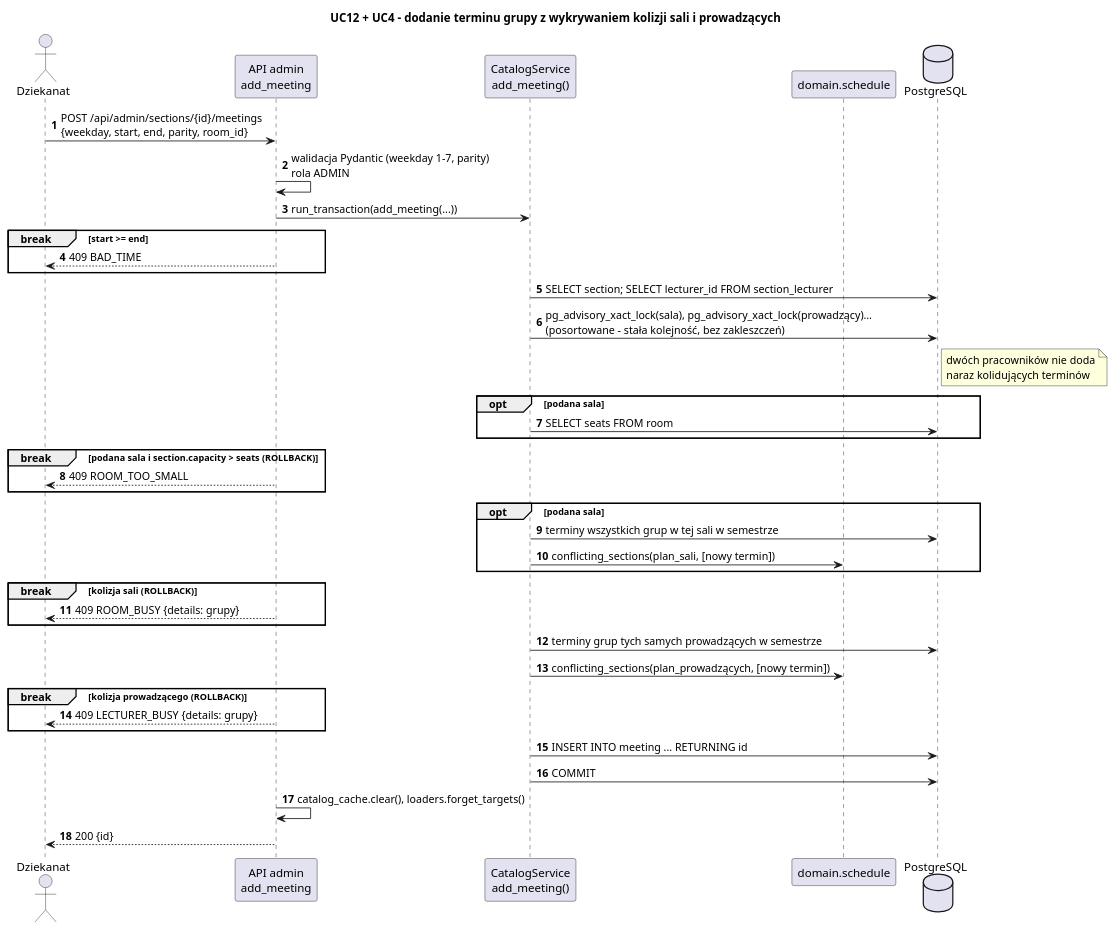
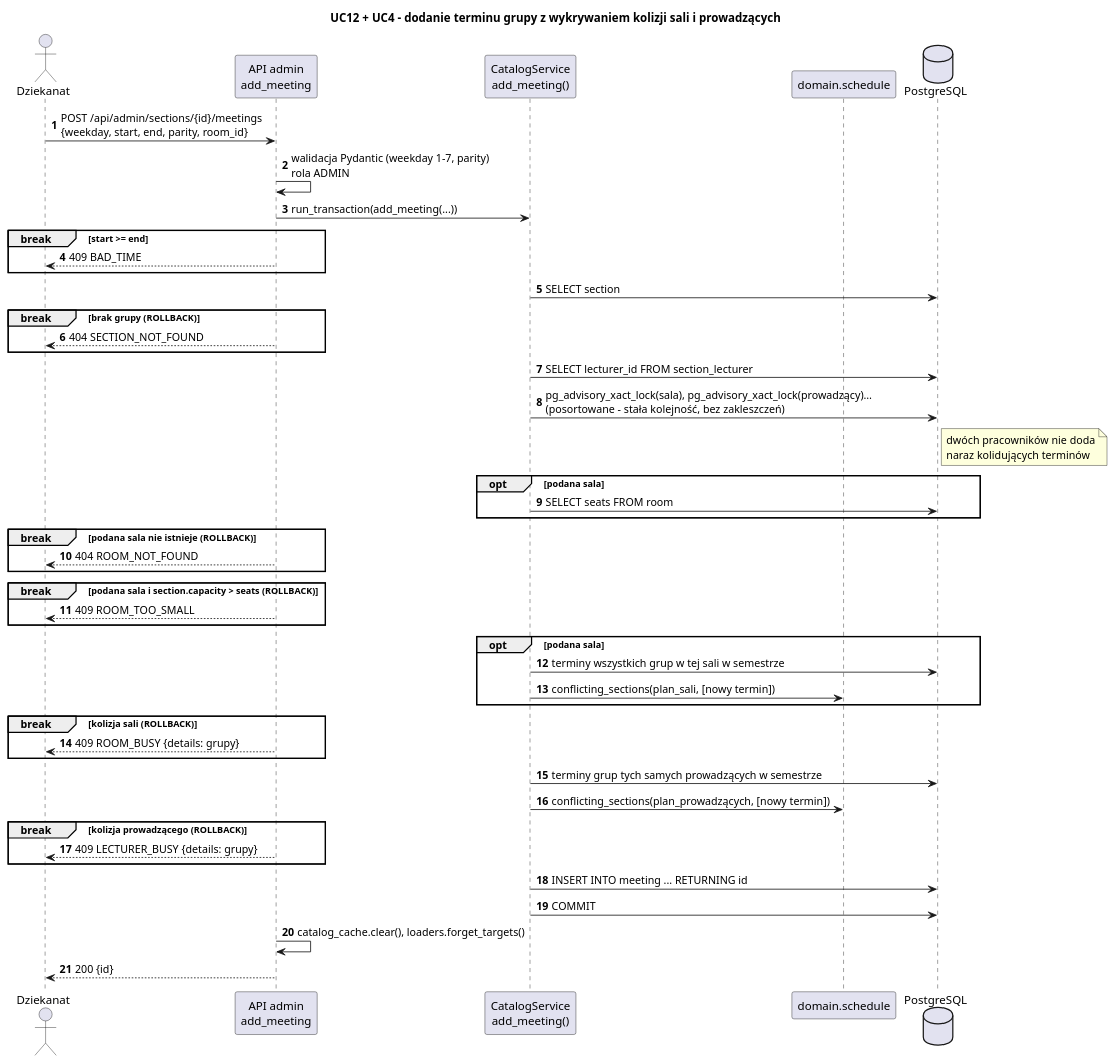
The diagram in etap3/diagramy/sekwencja_harmonogram.puml (Husaria55/USOSv2), drawn with PlantUML before and after one commit. The commit also changed 14 other files, not shown here.

First line of the commit message:
Etap 3: spójność diagramów z kodem i README (recenzja main)

```diff
--- a/etap3/diagramy/sekwencja_harmonogram.puml
+++ b/etap3/diagramy/sekwencja_harmonogram.puml
@@ -1,44 +1,51 @@
 @startuml sekwencja_harmonogram
 title UC12 + UC4 – dodanie terminu grupy z wykrywaniem kolizji sali i prowadzących
 skinparam shadowing false
 skinparam sequenceMessageAlign left
 autonumber
 
 actor Dziekanat
 participant "API admin\nadd_meeting" as api
 participant "CatalogService\nadd_meeting()" as svc
 participant "domain.schedule" as dom
 database "PostgreSQL" as db
 
 Dziekanat -> api : POST /api/admin/sections/{id}/meetings\n{weekday, start, end, parity, room_id}
 api -> api : walidacja Pydantic (weekday 1–7, parity)\nrola ADMIN
 api -> svc : run_transaction(add_meeting(...))
 break start >= end
   api --> Dziekanat : 409 BAD_TIME
 end
-svc -> db : SELECT section; SELECT lecturer_id FROM section_lecturer
+svc -> db : SELECT section
+break brak grupy (ROLLBACK)
+  api --> Dziekanat : 404 SECTION_NOT_FOUND
+end
+svc -> db : SELECT lecturer_id FROM section_lecturer
 svc -> db : pg_advisory_xact_lock(sala), pg_advisory_xact_lock(prowadzący)…\n(posortowane – stała kolejność, bez zakleszczeń)
 note right of db : dwóch pracowników nie doda\nnaraz kolidujących terminów
 opt podana sala
   svc -> db : SELECT seats FROM room
+end
+break podana sala nie istnieje (ROLLBACK)
+  api --> Dziekanat : 404 ROOM_NOT_FOUND
 end
 break podana sala i section.capacity > seats (ROLLBACK)
   api --> Dziekanat : 409 ROOM_TOO_SMALL
 end
 opt podana sala
   svc -> db : terminy wszystkich grup w tej sali w semestrze
   svc -> dom : conflicting_sections(plan_sali, [nowy termin])
 end
 break kolizja sali (ROLLBACK)
   api --> Dziekanat : 409 ROOM_BUSY {details: grupy}
 end
 svc -> db : terminy grup tych samych prowadzących w semestrze
 svc -> dom : conflicting_sections(plan_prowadzących, [nowy termin])
 break kolizja prowadzącego (ROLLBACK)
   api --> Dziekanat : 409 LECTURER_BUSY {details: grupy}
 end
 svc -> db : INSERT INTO meeting ... RETURNING id
 svc -> db : COMMIT
 api -> api : catalog_cache.clear(), loaders.forget_targets()
 api --> Dziekanat : 200 {id}
 @enduml
```
